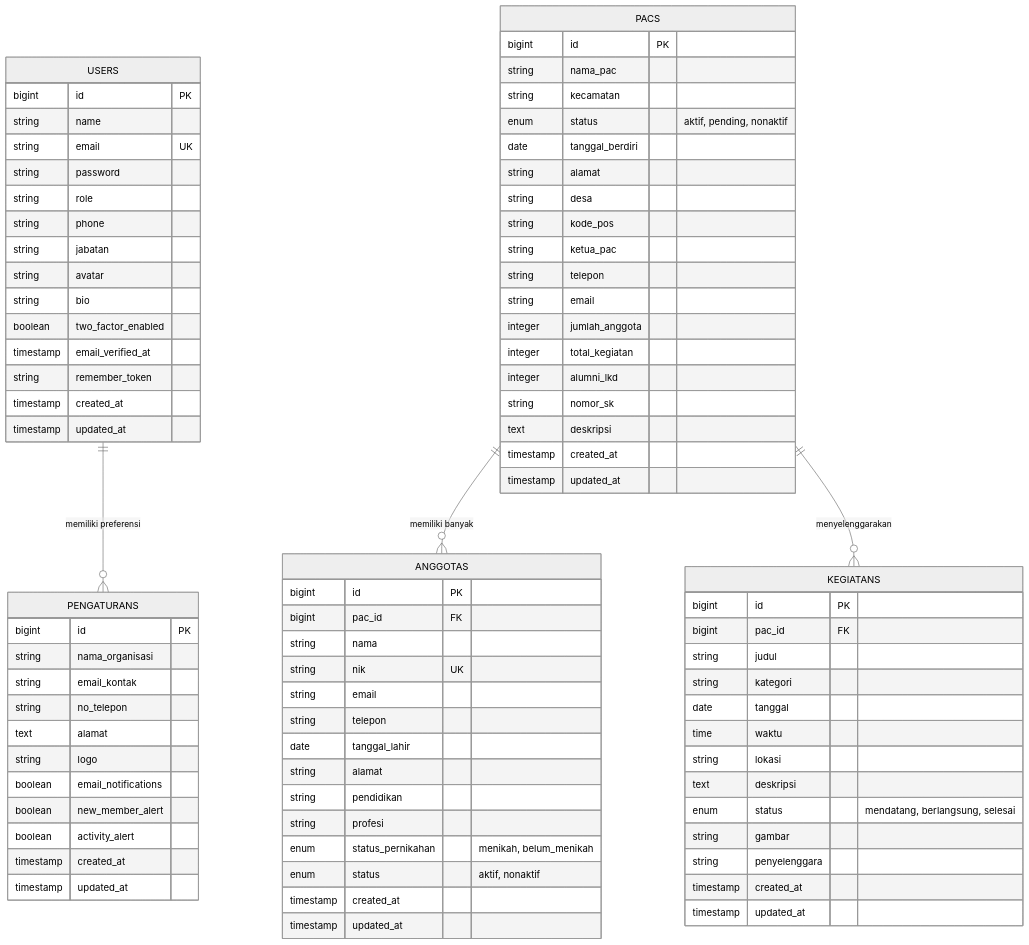
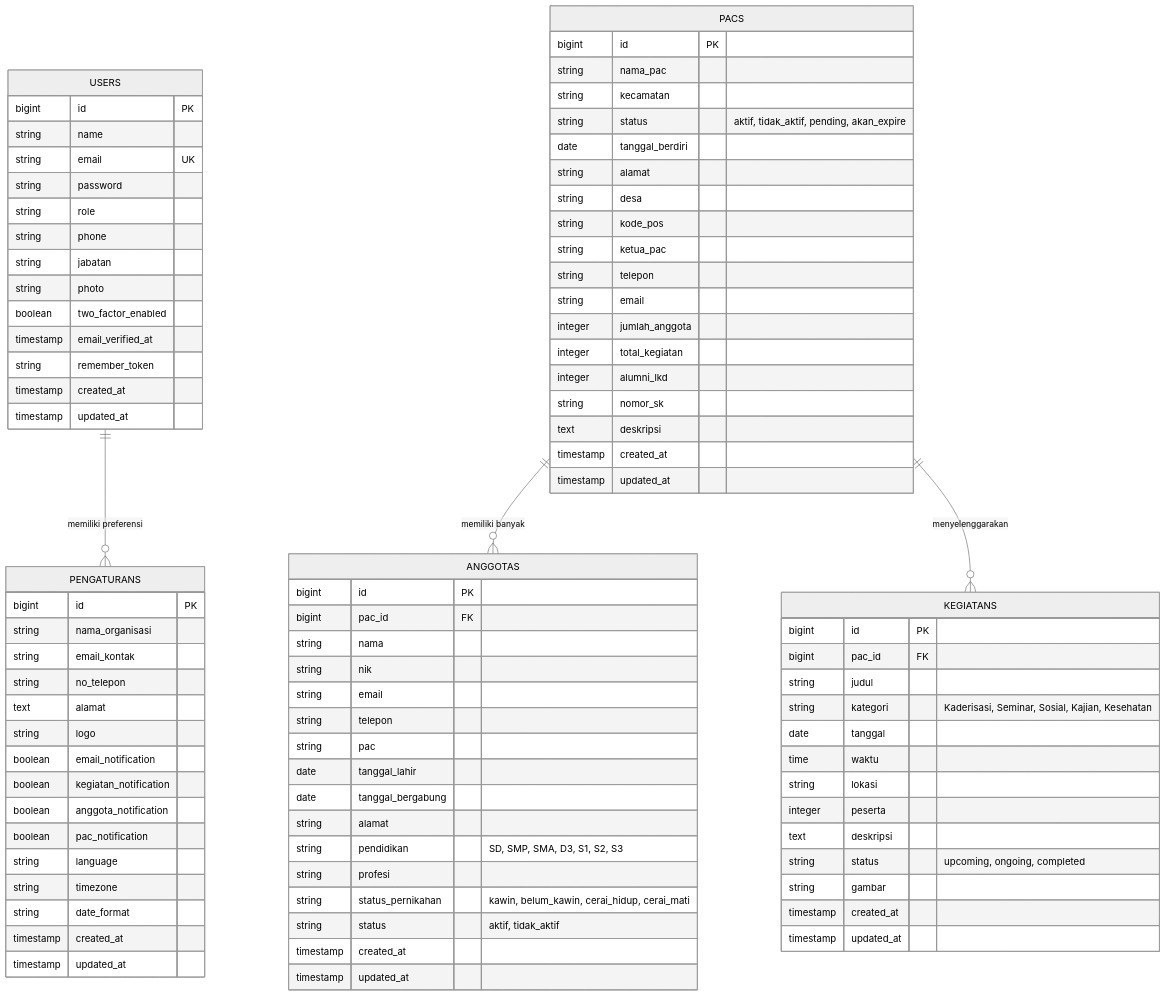
Before and after one commit to ikhsanhazamy/KP-IF-SAKTI: the diagram in docs/DATABASE_SCHEMA.md, drawn with Mermaid (neutral theme). The commit also changed other lines of this file and 4 other files, not shown here.

```diff
--- a/docs/DATABASE_SCHEMA.md
+++ b/docs/DATABASE_SCHEMA.md
@@ -20,8 +20,7 @@
         string role
         string phone
         string jabatan
-        string avatar
-        string bio
+        string photo
         boolean two_factor_enabled
         timestamp email_verified_at
         string remember_token
@@ -33,7 +32,7 @@
         bigint id PK
         string nama_pac
         string kecamatan
-        enum status "aktif, pending, nonaktif"
+        string status "aktif, tidak_aktif, pending, akan_expire"
         date tanggal_berdiri
         string alamat
         string desa
@@ -54,15 +53,17 @@
         bigint id PK
         bigint pac_id FK
         string nama
-        string nik UK
+        string nik
         string email
         string telepon
+        string pac
         date tanggal_lahir
+        date tanggal_bergabung
         string alamat
-        string pendidikan
+        string pendidikan "SD, SMP, SMA, D3, S1, S2, S3"
         string profesi
-        enum status_pernikahan "menikah, belum_menikah"
-        enum status "aktif, nonaktif"
+        string status_pernikahan "kawin, belum_kawin, cerai_hidup, cerai_mati"
+        string status "aktif, tidak_aktif"
         timestamp created_at
         timestamp updated_at
     }
@@ -71,14 +72,14 @@
         bigint id PK
         bigint pac_id FK
         string judul
-        string kategori
+        string kategori "Kaderisasi, Seminar, Sosial, Kajian, Kesehatan"
         date tanggal
         time waktu
         string lokasi
+        integer peserta
         text deskripsi
-        enum status "mendatang, berlangsung, selesai"
+        string status "upcoming, ongoing, completed"
         string gambar
-        string penyelenggara
         timestamp created_at
         timestamp updated_at
     }
@@ -90,9 +91,13 @@
         string no_telepon
         text alamat
         string logo
-        boolean email_notifications
-        boolean new_member_alert
-        boolean activity_alert
+        boolean email_notification
+        boolean kegiatan_notification
+        boolean anggota_notification
+        boolean pac_notification
+        string language
+        string timezone
+        string date_format
         timestamp created_at
         timestamp updated_at
     }
```
